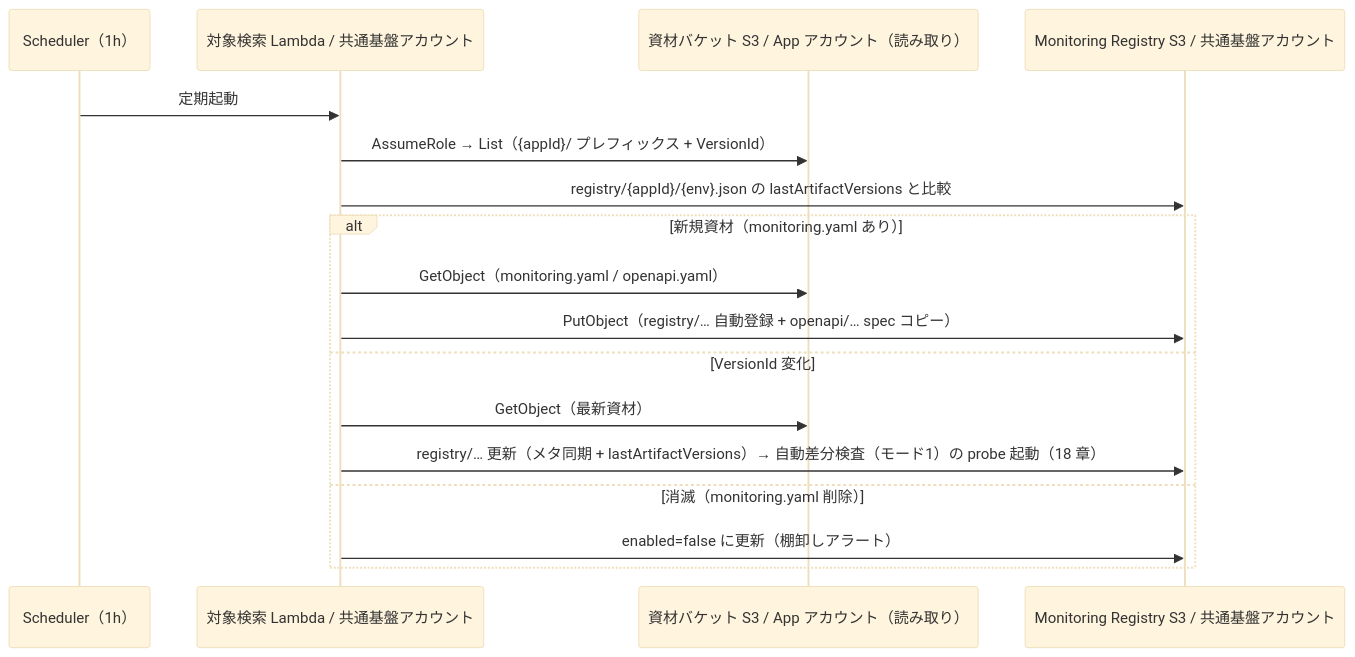
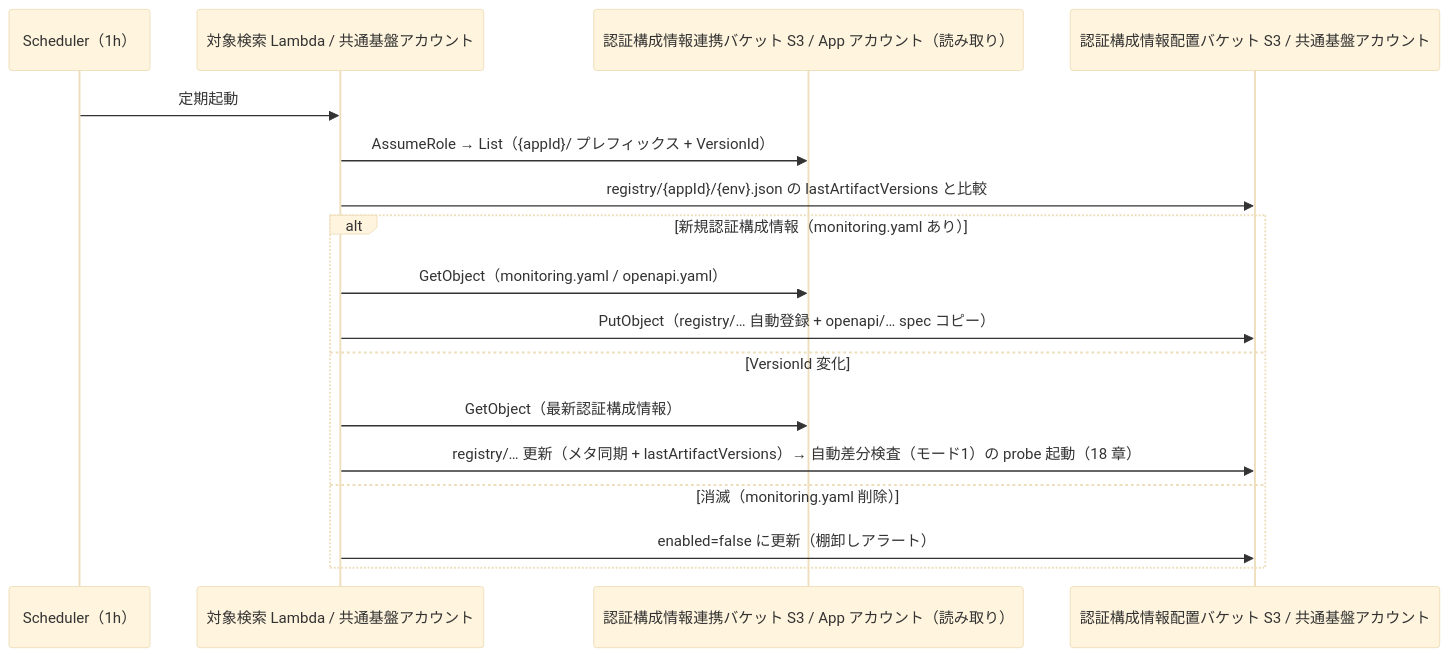
Before and after one commit to suepie/aws-atuh-poc: the diagram in doc/api-platform/basic-design/12-app-registry-design.md, drawn with Mermaid (base theme). The commit also changed other lines of this file and 18 other files, not shown here.

````diff
--- a/doc/api-platform/basic-design/12-app-registry-design.md
+++ b/doc/api-platform/basic-design/12-app-registry-design.md
@@ -78,20 +78,20 @@
 ```mermaid
 sequenceDiagram
     participant SCH as Scheduler（1h）
     participant DISC as 対象検索 Lambda / 共通基盤アカウント
-    participant ART as 資材バケット S3 / App アカウント（読み取り）
-    participant S3 as Monitoring Registry S3 / 共通基盤アカウント
+    participant ART as 認証構成情報連携バケット S3 / App アカウント（読み取り）
+    participant S3 as 認証構成情報配置バケット S3 / 共通基盤アカウント
 
     SCH->>DISC: 定期起動
     DISC->>ART: AssumeRole → List（{appId}/ プレフィックス + VersionId）
     DISC->>S3: registry/{appId}/{env}.json の lastArtifactVersions と比較
-    alt 新規資材（monitoring.yaml あり）
+    alt 新規認証構成情報（monitoring.yaml あり）
         DISC->>ART: GetObject（monitoring.yaml / openapi.yaml）
         DISC->>S3: PutObject（registry/… 自動登録 + openapi/… spec コピー）
     else VersionId 変化
-        DISC->>ART: GetObject（最新資材）
+        DISC->>ART: GetObject（最新認証構成情報）
         DISC->>S3: registry/… 更新（メタ同期 + lastArtifactVersions）→ 自動差分検査（モード1）の probe 起動（18 章）
     else 消滅（monitoring.yaml 削除）
         DISC->>S3: enabled=false に更新（棚卸しアラート）
     end
 ```
````
